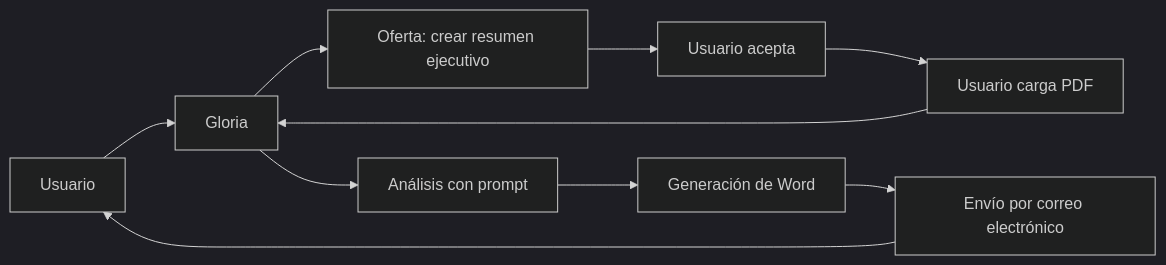
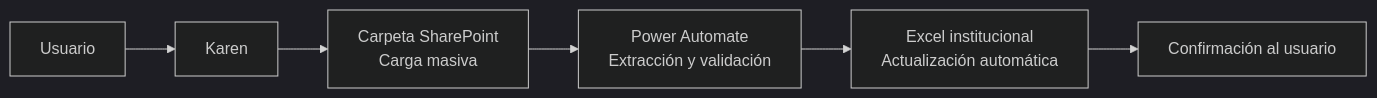
The first of 2 diagrams in README.md (lab-innovacion-caf/Agentes), drawn with Mermaid (dark theme) before and after one commit. The commit also changed other lines of this file, not shown here.

````diff
--- a/README.md
+++ b/README.md
@@ -78,12 +88,8 @@
 ```mermaid
 flowchart LR
-    U[Usuario] --> G[Gloria]
-    G --> O[Oferta: crear resumen ejecutivo]
-    O --> U2[Usuario acepta]
-    U2 --> D[Usuario carga PDF]
-    D --> G
-    G --> A[Análisis con prompt]
-    A --> W[Generación de Word]
-    W --> E[Envío por correo electrónico]
-    E --> U
+    U[Usuario] --> K[Karen]
+    K --> S[Carpeta SharePoint<br>Carga masiva]
+    S --> F[Power Automate<br>Extracción y validación]
+    F --> E[Excel institucional<br>Actualización automática]
+    E --> U2[Confirmación al usuario]
 ```
````
